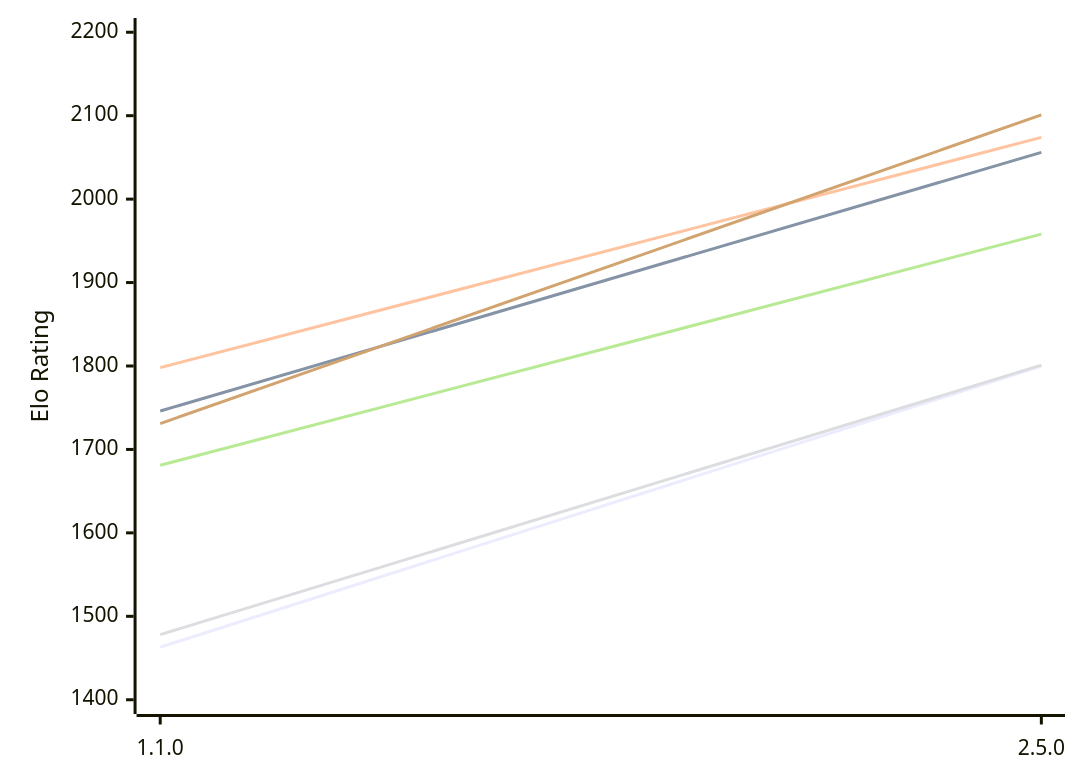
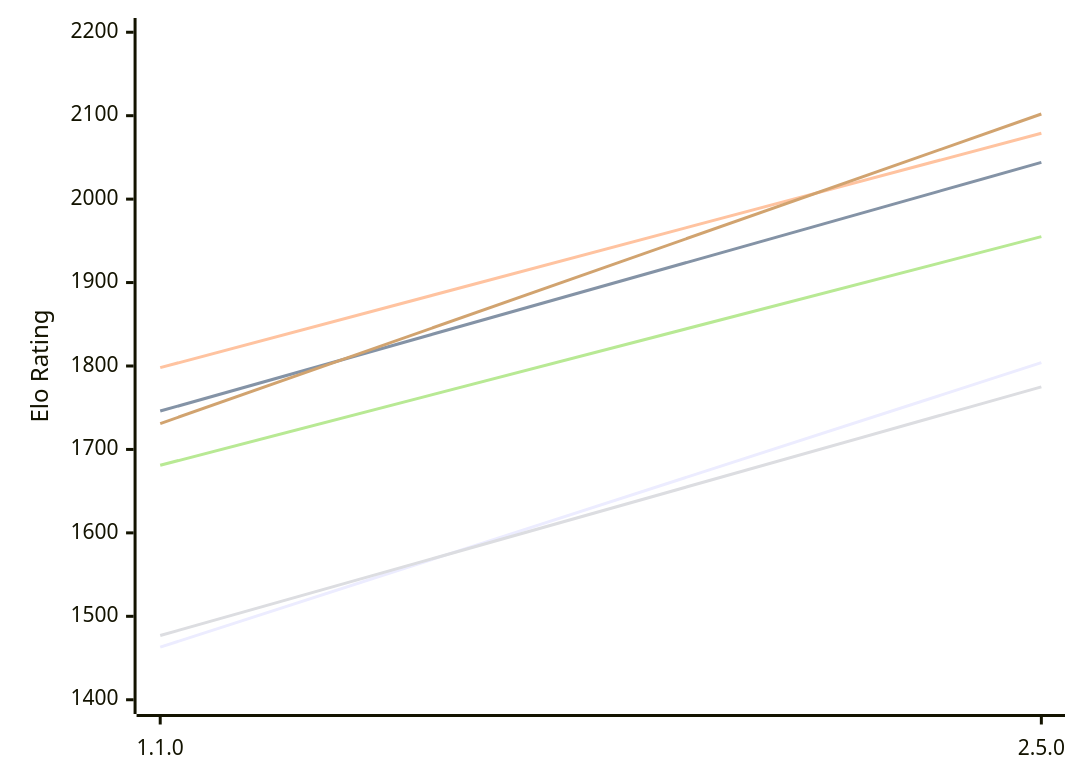
One commit to computer-chess-index/cci changed the diagram in engines/KnightStalker.md. Above: the diagram before and after it, drawn with Mermaid. The commit also changed other lines of this file, not shown here.

Commit message:
Update CCI Ratings (ELO VLTC) - 2026-11-27

````diff
--- a/engines/KnightStalker.md
+++ b/engines/KnightStalker.md
@@ -49,12 +49,12 @@
 ```mermaid
 %%{init: {"theme":"base","themeVariables":{"seriesColors:['#a3a3a3','#222221','#faa371']}}}%%
 xychart-beta
   x-axis ["1.1.0", "2.5.0"]
   y-axis "Elo Rating" 1400 --> 2200
-  line "E1: STC (8.0+0.08s)" [1463, 1800]
-  line "E1: LTC (60.0+0.60s)" [1746, 2056]
-  line "E1: VLTC (2m24s+1.12s)" [1798, 2074]
-  line "P1: STC (8.0+0.08s)" [1478, 1801]
-  line "P1: LTC (60.0+0.60s)" [1681, 1958]
-  line "P1: VLTC (2m24s+1.12s)" [1731, 2101]
+  line "E1: STC (8.0+0.08s)" [1463, 1804]
+  line "E1: LTC (60.0+0.60s)" [1746, 2044]
+  line "E1: VLTC (2m24s+1.12s)" [1798, 2079]
+  line "P1: STC (8.0+0.08s)" [1477, 1775]
+  line "P1: LTC (60.0+0.60s)" [1681, 1955]
+  line "P1: VLTC (2m24s+1.12s)" [1731, 2102]
 ```
````
